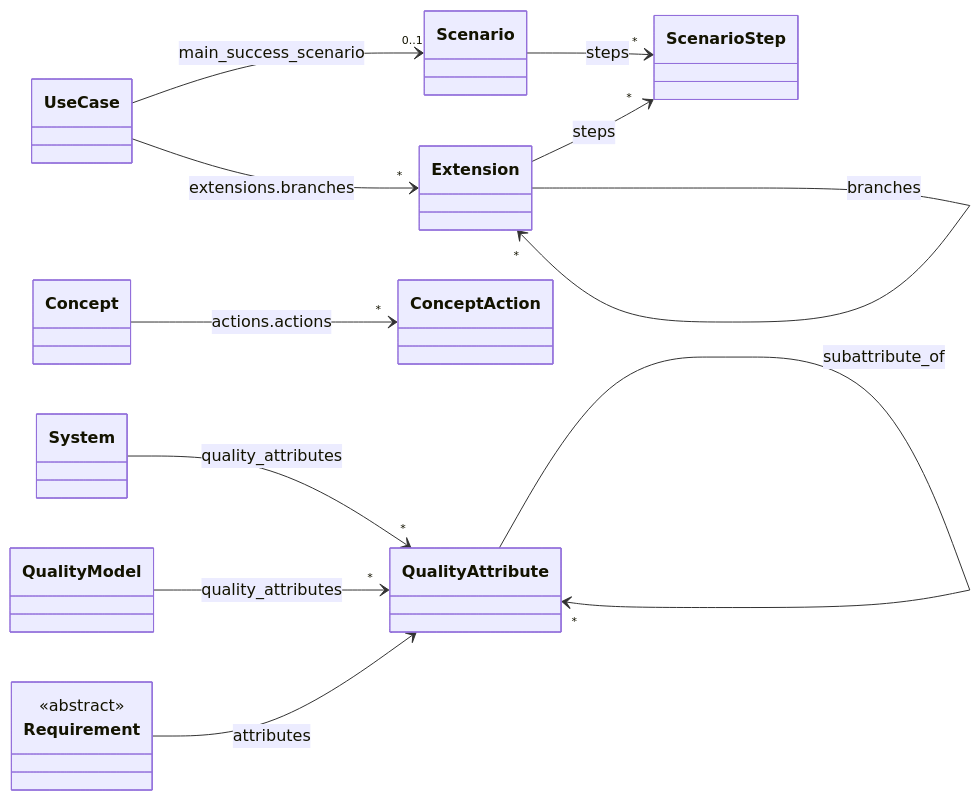
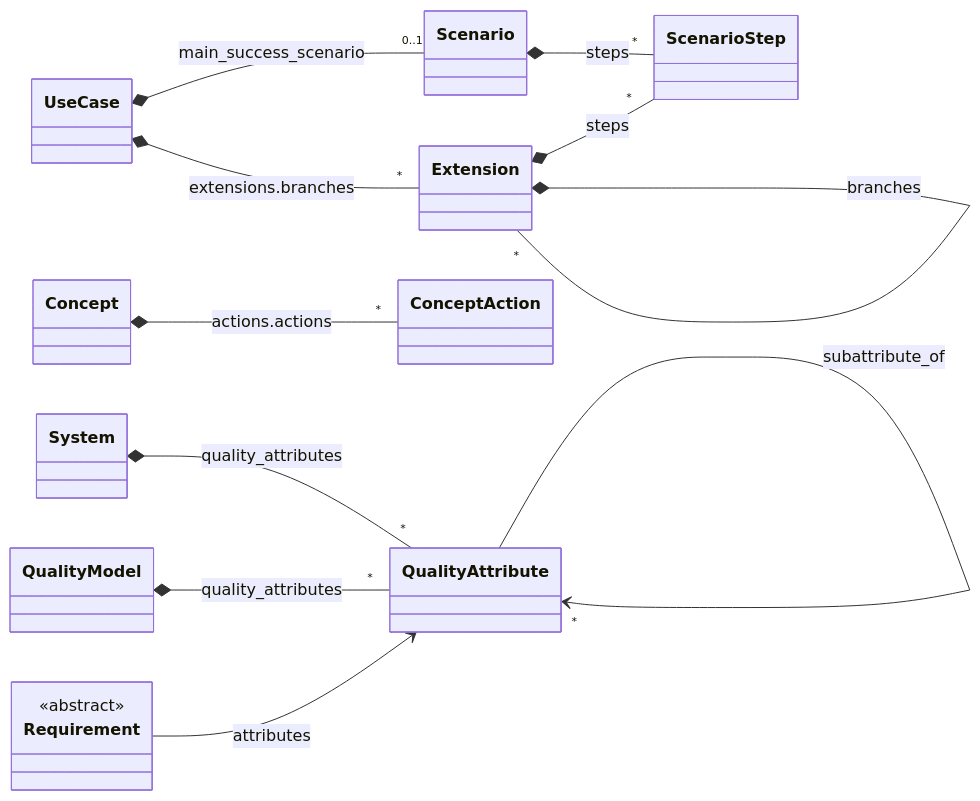
Before and after one commit to craigsmitham/dotspec: the third of 9 diagrams in docs/reference/model/core.md, drawn with Mermaid. The commit also changed other lines of this file and 72 other files, not shown here.

````diff
--- a/docs/reference/model/core.md
+++ b/docs/reference/model/core.md
@@ -71,25 +73,25 @@
 ```mermaid
 classDiagram
     direction LR
     class UseCase
     class Scenario
     class ScenarioStep
     class Extension
     class Concept
     class ConceptAction
     class System
     class QualityModel
     class QualityAttribute
     class Requirement
     <<abstract>> Requirement
-    UseCase --> "0..1" Scenario : main_success_scenario
-    UseCase --> "*" Extension : extensions.branches
-    Scenario --> "*" ScenarioStep : steps
-    Extension --> "*" ScenarioStep : steps
-    Extension --> "*" Extension : branches
-    Concept --> "*" ConceptAction : actions.actions
-    System --> "*" QualityAttribute : quality_attributes
-    QualityModel --> "*" QualityAttribute : quality_attributes
+    UseCase *-- "0..1" Scenario : main_success_scenario
+    UseCase *-- "*" Extension : extensions.branches
+    Scenario *-- "*" ScenarioStep : steps
+    Extension *-- "*" ScenarioStep : steps
+    Extension *-- "*" Extension : branches
+    Concept *-- "*" ConceptAction : actions.actions
+    System *-- "*" QualityAttribute : quality_attributes
+    QualityModel *-- "*" QualityAttribute : quality_attributes
     QualityAttribute --> "*" QualityAttribute : subattribute_of
     Requirement --> "*" QualityAttribute : attributes
 ```
````
